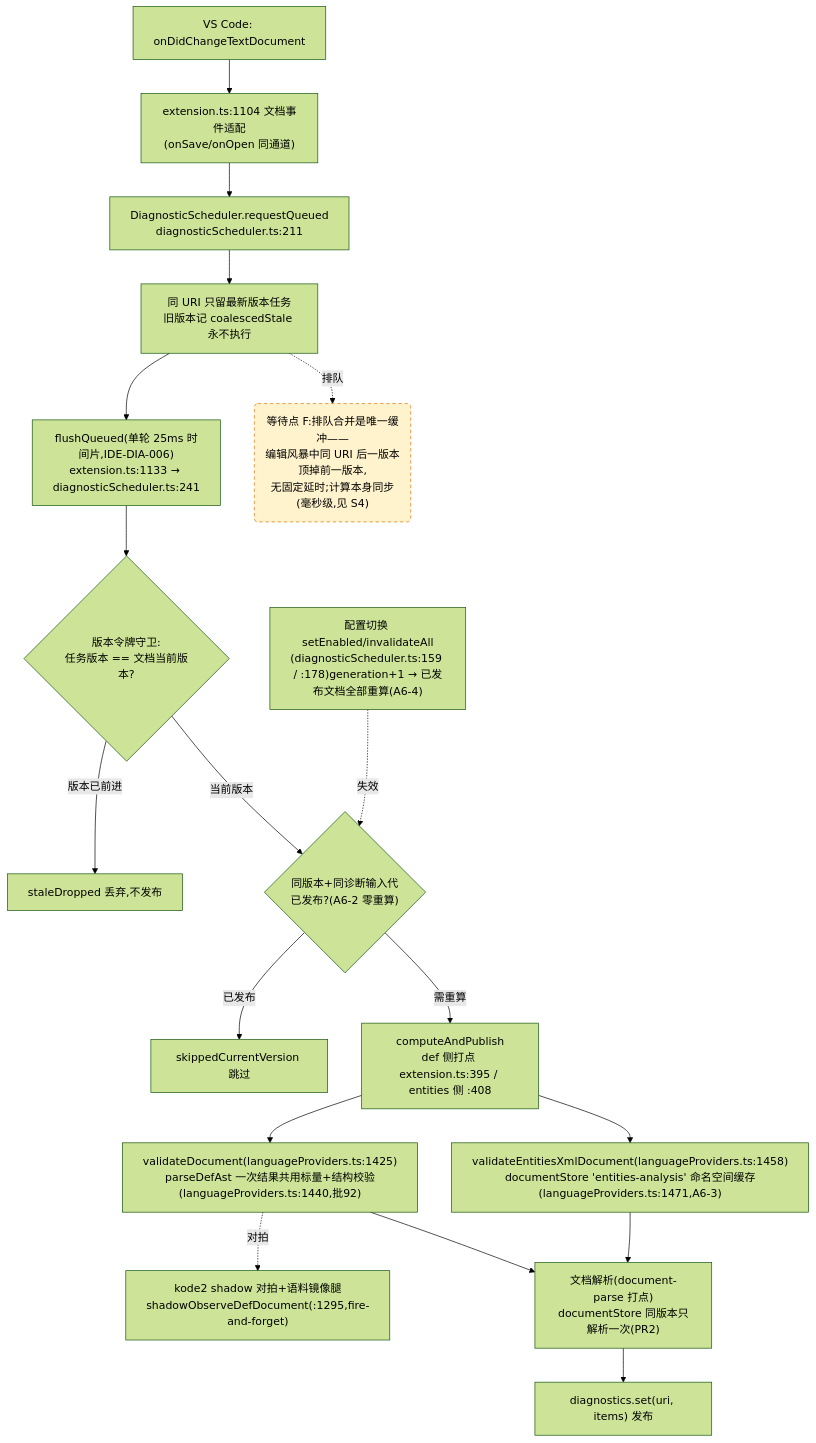
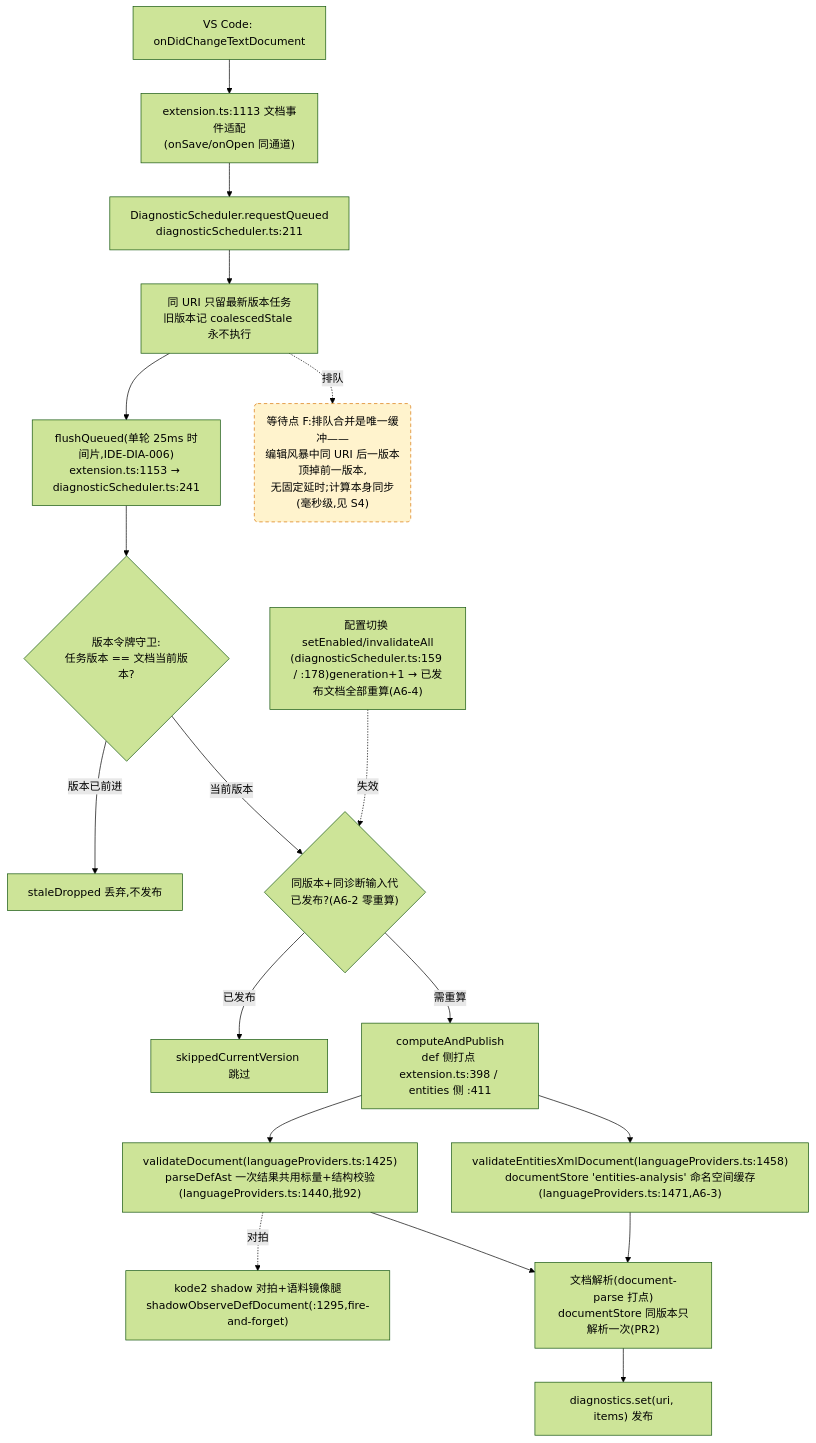
One commit to cuihairu/kode changed the fourth of 4 diagrams in docs/perf/2026-baseline.md. Above: the diagram before and after it, drawn with Mermaid (forest theme). The commit also changed other lines of this file and 14 other files, not shown here.

Commit message:
feat: schema hot hit validates without file reads

````diff
--- a/docs/perf/2026-baseline.md
+++ b/docs/perf/2026-baseline.md
@@ -214,38 +214,38 @@
 ```mermaid
 flowchart TD
   CHG["VS Code: onDidChangeTextDocument"]
-  WATCH["extension.ts:1104 文档事件适配<br/>(onSave/onOpen 同通道)"]
+  WATCH["extension.ts:1113 文档事件适配<br/>(onSave/onOpen 同通道)"]
   RQ["DiagnosticScheduler.requestQueued<br/>diagnosticScheduler.ts:211"]
   CO["同 URI 只留最新版本任务<br/>旧版本记 coalescedStale 永不执行"]
-  FL["flushQueued(单轮 25ms 时间片,IDE-DIA-006)<br/>extension.ts:1133 → diagnosticScheduler.ts:241"]
+  FL["flushQueued(单轮 25ms 时间片,IDE-DIA-006)<br/>extension.ts:1153 → diagnosticScheduler.ts:241"]
   VG{"版本令牌守卫:<br/>任务版本 == 文档当前版本?"}
   DROP["staleDropped 丢弃,不发布"]
   GEN{"同版本+同诊断输入代<br/>已发布?(A6-2 零重算)"}
   SKIP["skippedCurrentVersion 跳过"]
-  CALC["computeAndPublish<br/>def 侧打点 extension.ts:395 / entities 侧 :408"]
+  CALC["computeAndPublish<br/>def 侧打点 extension.ts:398 / entities 侧 :411"]
   VD["validateDocument(languageProviders.ts:1425)<br/>parseDefAst 一次结果共用标量+结构校验(languageProviders.ts:1440,批92)"]
   VEX["validateEntitiesXmlDocument(languageProviders.ts:1458)<br/>documentStore 'entities-analysis' 命名空间缓存(languageProviders.ts:1471,A6-3)"]
   SHDD["kode2 shadow 对拍+语料镜像腿<br/>shadowObserveDefDocument(:1295,fire-and-forget)"]
   DS["文档解析(document-parse 打点)<br/>documentStore 同版本只解析一次(PR2)"]
   PUB["diagnostics.set(uri, items) 发布"]
   CFG2["配置切换 setEnabled/invalidateAll<br/>(diagnosticScheduler.ts:159 / :178)generation+1 → 已发布文档全部重算(A6-4)"]
 
   CHG --> WATCH --> RQ --> CO --> FL --> VG
   VG -- "版本已前进" --> DROP
   VG -- "当前版本" --> GEN
   GEN -- "已发布" --> SKIP
   GEN -- "需重算" --> CALC
   CALC --> VD
   CALC --> VEX
   VD --> DS
   VEX --> DS
   DS --> PUB
   VD -.->|对拍| SHDD
   CFG2 -.->|失效| GEN
 
   WAITF("等待点 F:排队合并是唯一缓冲——<br/>编辑风暴中同 URI 后一版本顶掉前一版本,<br/>无固定延时;计算本身同步(毫秒级,见 S4)")
   CO -.->|排队| WAITF
 
   classDef waitPoint fill:#fff3cd,stroke:#d97706,stroke-dasharray:5 4;
   class WAITF waitPoint;
 ```
````
